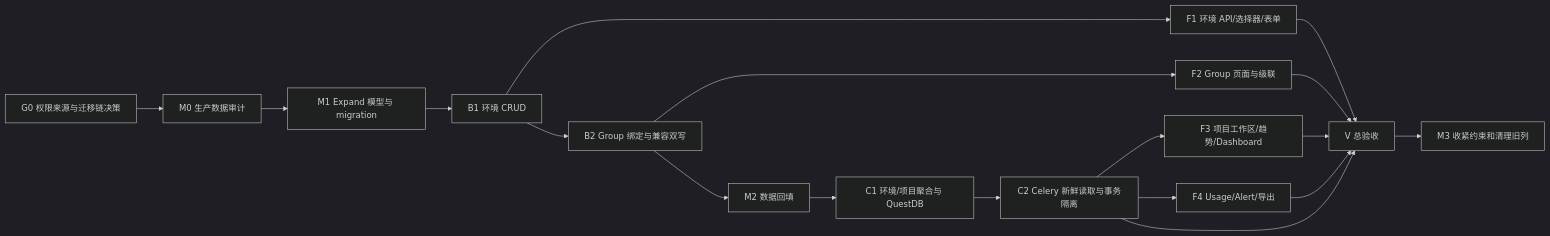
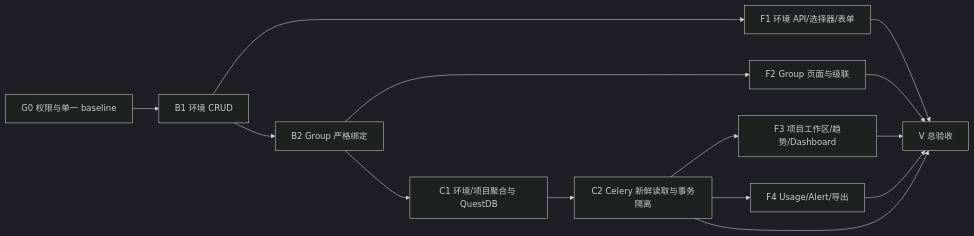
The second of 2 diagrams in docs/features/project-storage-environment/design.md (Dapeng960208/DiskPulse), drawn with Mermaid (dark theme) before and after one commit. The commit also changed other lines of this file and 10 other files, not shown here.

```diff
--- a/docs/features/project-storage-environment/design.md
+++ b/docs/features/project-storage-environment/design.md
@@ -779,20 +732,16 @@
 ~~~mermaid
 flowchart LR
-    G0["G0 权限来源与迁移链决策"] --> M0["M0 生产数据审计"]
-    M0 --> M1["M1 Expand 模型与 migration"]
-    M1 --> B1["B1 环境 CRUD"]
-    B1 --> B2["B2 Group 绑定与兼容双写"]
-    B2 --> M2["M2 数据回填"]
-    M2 --> C1["C1 环境/项目聚合与 QuestDB"]
+    G0["G0 权限与单一 baseline"] --> B1["B1 环境 CRUD"]
+    B1 --> B2["B2 Group 严格绑定"]
+    B2 --> C1["C1 环境/项目聚合与 QuestDB"]
     C1 --> C2["C2 Celery 新鲜读取与事务隔离"]
     B1 --> F1["F1 环境 API/选择器/表单"]
     B2 --> F2["F2 Group 页面与级联"]
     C2 --> F3["F3 项目工作区/趋势/Dashboard"]
     C2 --> F4["F4 Usage/Alert/导出"]
     F1 --> V["V 总验收"]
     F2 --> V
     F3 --> V
     F4 --> V
     C2 --> V
-    V --> M3["M3 收紧约束和清理旧列"]
 ~~~
```
